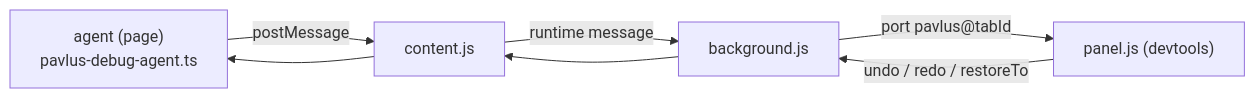
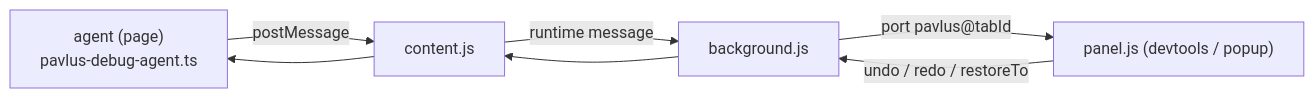
Before and after one commit to rysev-a/pavlus: the diagram in debug-panel/README.md, drawn with Mermaid. The commit also changed other lines of this file and 286 other files, not shown here.

````diff
--- a/debug-panel/README.md
+++ b/debug-panel/README.md
@@ -130,7 +141,7 @@
 ```mermaid
 graph LR
     agent["agent (page)<br>pavlus-debug-agent.ts"] -->|postMessage| content["content.js"]
     content -->|runtime message| bg["background.js"]
-    bg -->|port pavlus@tabId| panel["panel.js (devtools)"]
+    bg -->|port pavlus@tabId| panel["panel.js (devtools / popup)"]
     panel -->|undo / redo / restoreTo| bg --> content --> agent
 ```
````
